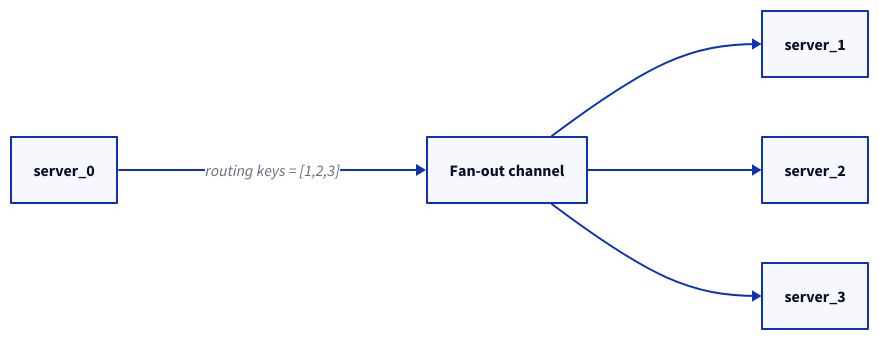
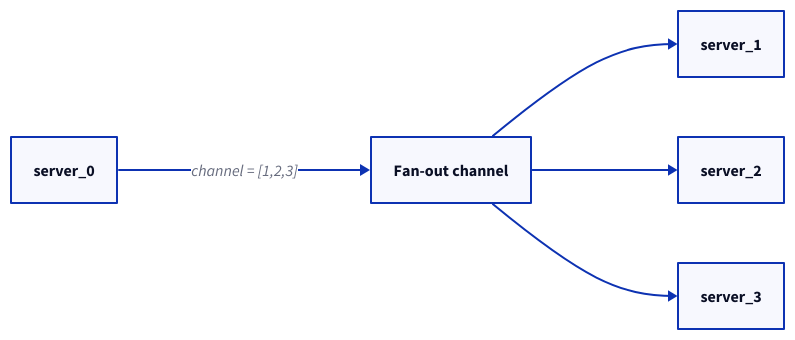
The tenth of 19 diagrams in content/practices/chat-system/_index.md (link1905/system-design-101), drawn with D2 before and after one commit. The commit also changed other lines of this file and 42 other files, not shown here.

````diff
--- a/content/practices/chat-system/_index.md
+++ b/content/practices/chat-system/_index.md
@@ -346,24 +347,24 @@
 ```d2
 direction: right
 s0: server_0 {
     class: server
 }
 c: Fan-out channel {
     class: gw
 }
 s1: server_1 {
     class: server
 }
 s2: server_2 {
     class: server
 }
 s3: server_3 {
     class: server
 }
-s0 -> c: "routing keys = [1,2,3]" {
+s0 -> c: "channel = [1,2,3]" {
     class: bold-text
 }
 c -> s1
 c -> s2
 c -> s3
 ```
````
